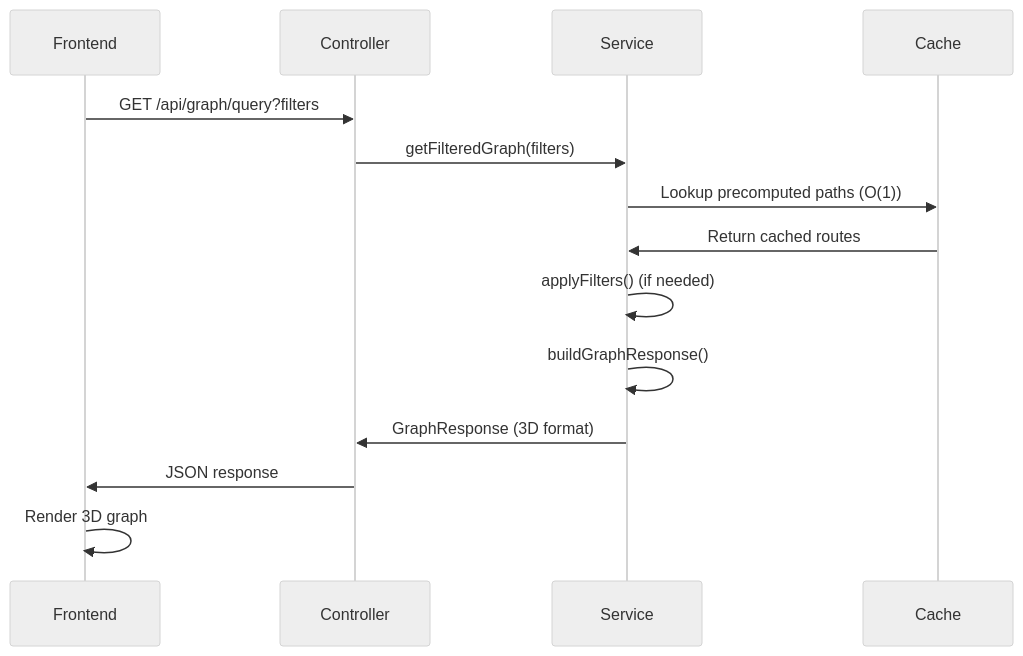
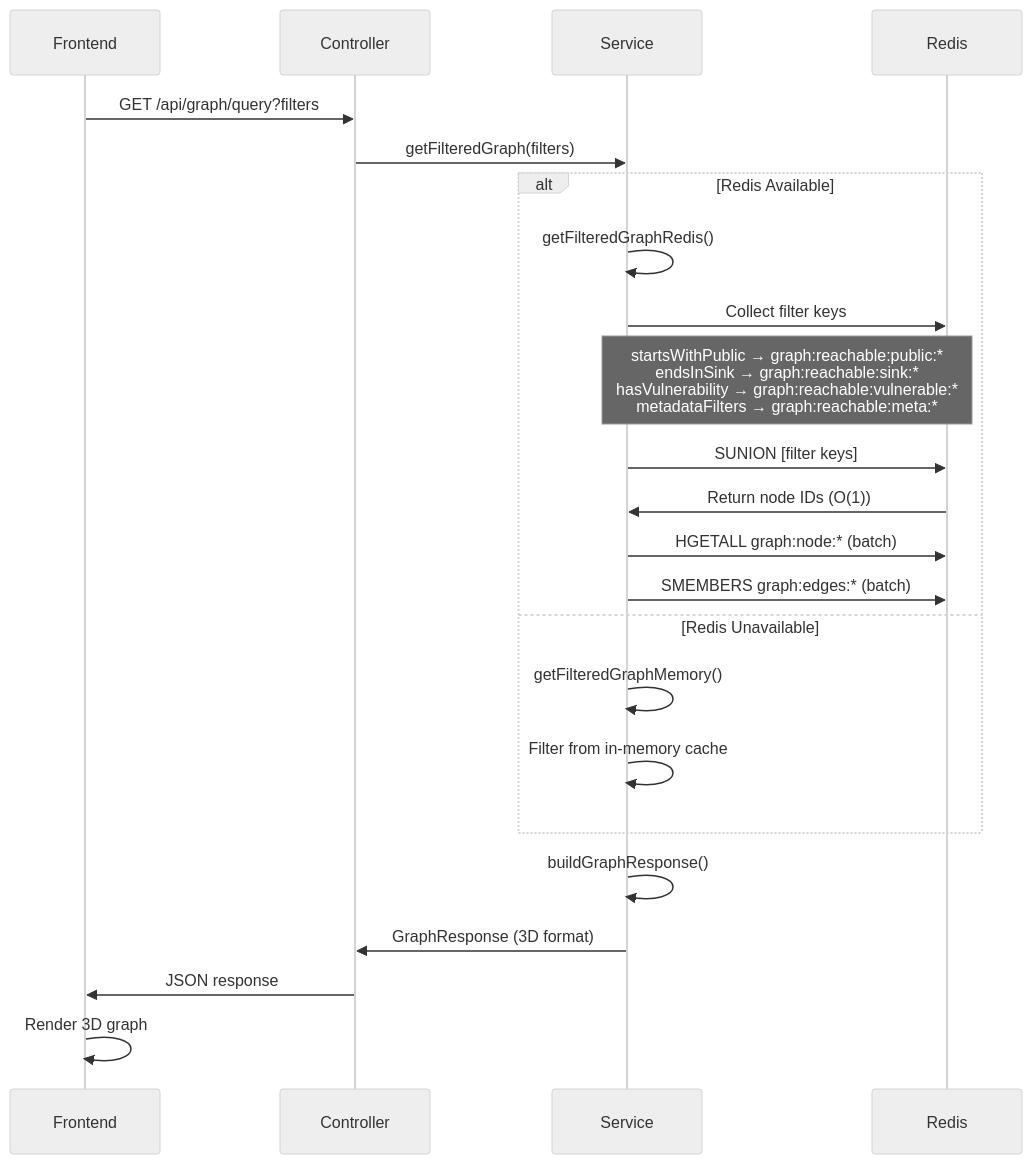
One commit to Evilu/GraphOrama changed the second of 3 diagrams in ARCHITECTURE_FLOW.md. Above: the diagram before and after it, drawn with Mermaid (neutral theme). The commit also changed other lines of this file and 1 other file, not shown here.

Commit message:
architecture flow doc update

````diff
--- a/ARCHITECTURE_FLOW.md
+++ b/ARCHITECTURE_FLOW.md
@@ -91,17 +106,26 @@
 ```mermaid
 sequenceDiagram
     participant Frontend
     participant Controller
     participant Service
-    participant Cache
+    participant Redis
 
     Frontend->>Controller: GET /api/graph/query?filters
     Controller->>Service: getFilteredGraph(filters)
-    Service->>Cache: Lookup precomputed paths (O(1))
-    Cache->>Service: Return cached routes
-    Service->>Service: applyFilters() (if needed)
+    alt Redis Available
+        Service->>Service: getFilteredGraphRedis()
+        Service->>Redis: Collect filter keys
+        Note over Service,Redis: startsWithPublic → graph:reachable:public:*<br/>endsInSink → graph:reachable:sink:*<br/>hasVulnerability → graph:reachable:vulnerable:*<br/>metadataFilters → graph:reachable:meta:*
+        Service->>Redis: SUNION [filter keys]
+        Redis->>Service: Return node IDs (O(1))
+        Service->>Redis: HGETALL graph:node:* (batch)
+        Service->>Redis: SMEMBERS graph:edges:* (batch)
+    else Redis Unavailable
+        Service->>Service: getFilteredGraphMemory()
+        Service->>Service: Filter from in-memory cache
+    end
     Service->>Service: buildGraphResponse()
     Service->>Controller: GraphResponse (3D format)
     Controller->>Frontend: JSON response
     Frontend->>Frontend: Render 3D graph
 ```
````
